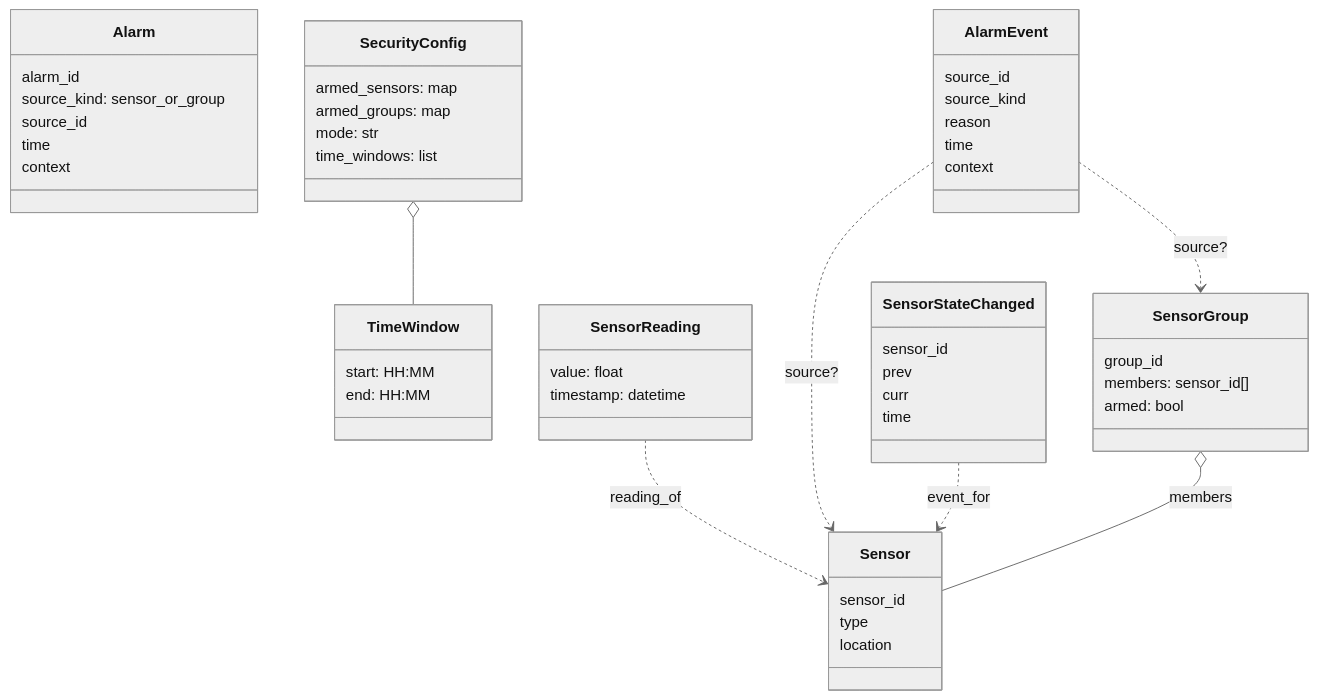
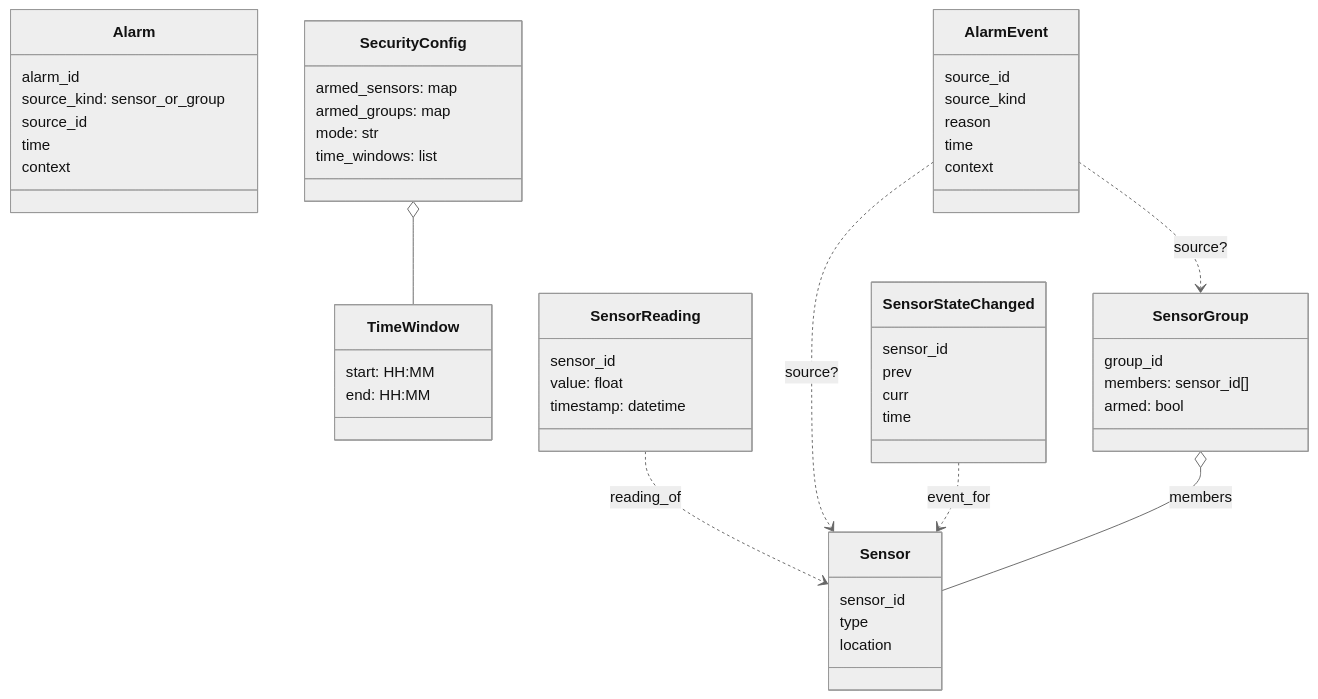
The diagram in docs/05-domain-model.md (dareno/hsec), drawn with Mermaid (neutral theme) before and after one commit. The commit also changed other lines of this file and 8 other files, not shown here.

Commit message:
feat(services): ST-005 sensor deserializer + unit tests; docs: align domain model/architecture and release plan

````diff
--- a/docs/05-domain-model.md
+++ b/docs/05-domain-model.md
@@ -27,54 +27,55 @@
 ```mermaid
 classDiagram
   class Sensor {
     sensor_id
     type
     location
   }
   class SensorGroup {
     group_id
     members: sensor_id[]
     armed: bool
   }
   class Alarm {
     alarm_id
     source_kind: sensor_or_group
     source_id
     time
     context
   }
   class SensorReading {
+    sensor_id
     value: float
     timestamp: datetime
   }
   class SecurityConfig {
     armed_sensors: map
     armed_groups: map
     mode: str
     time_windows: list
   }
   class TimeWindow {
     start: HH:MM
     end: HH:MM
   }
   class SensorStateChanged {
     sensor_id
     prev
     curr
     time
   }
   class AlarmEvent {
     source_id
     source_kind
     reason
     time
     context
   }
 
   SensorGroup o-- Sensor : members
   SecurityConfig o-- TimeWindow
   SensorReading ..> Sensor : reading_of
   SensorStateChanged ..> Sensor : event_for
   AlarmEvent ..> Sensor : source?
   AlarmEvent ..> SensorGroup : source?
 ```
````
